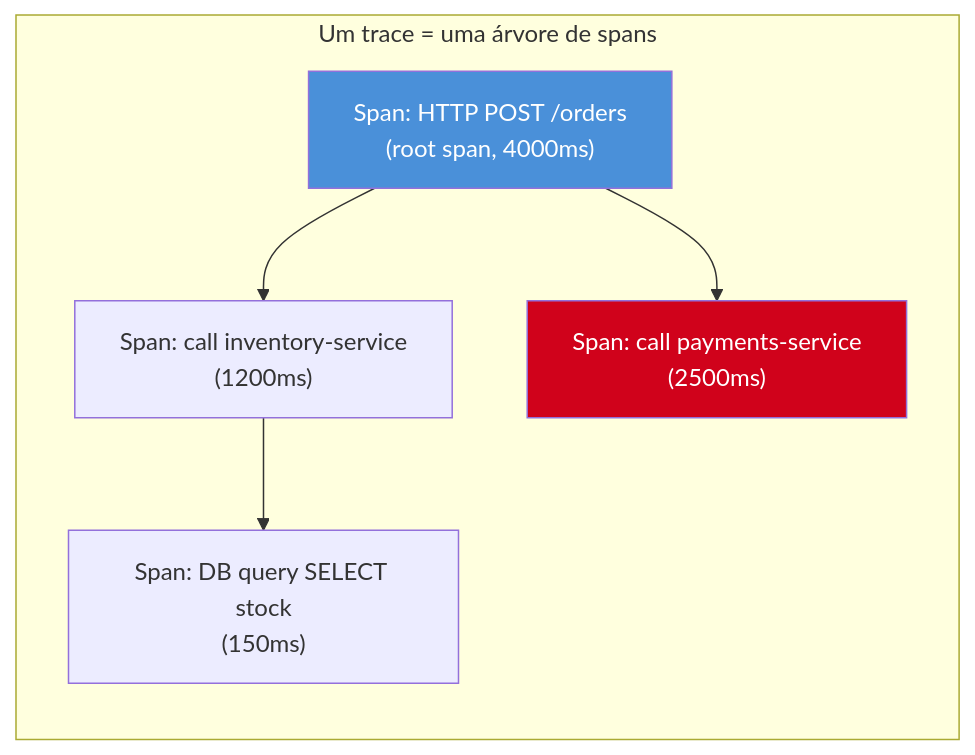
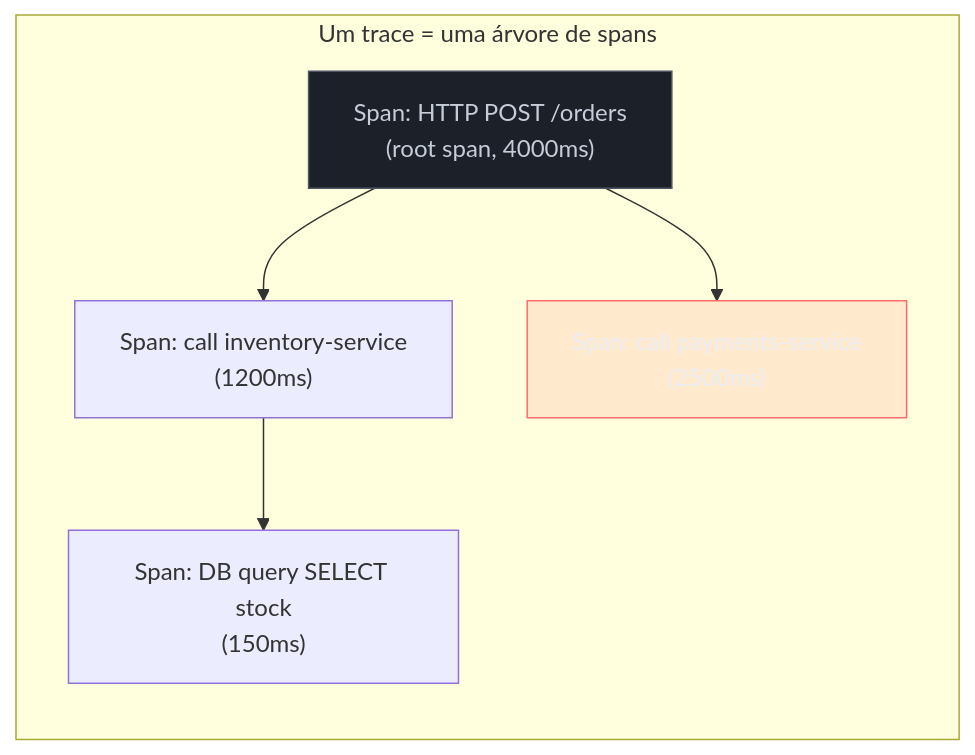
The first of 3 diagrams in 03-Dominios/Tecnologia/Go/16 - Observabilidade/07 - OpenTelemetry — tracing.md (josenaldo/codex-technomanticus), drawn with Mermaid before and after one commit. The commit also changed other lines of this file and 1181 other files, not shown here.

First line of the commit message:
fix(diagramas): paleta do sistema no lugar de cor cravada no markdown

````diff
--- a/03-Dominios/Tecnologia/Go/16 - Observabilidade/07 - OpenTelemetry — tracing.md
+++ b/03-Dominios/Tecnologia/Go/16 - Observabilidade/07 - OpenTelemetry — tracing.md
@@ -33,16 +33,18 @@
 ```mermaid
 flowchart TB
+    classDef neutro fill:#1B2029,stroke:#4E5666,color:#C6CCD8
+    classDef falha fill:#FF6B6B24,stroke:#FF6B6B,color:#E9ECF2
     subgraph Trace["Um trace = uma árvore de spans"]
         direction TB
         S1["Span: HTTP POST /orders\n(root span, 4000ms)"]
         S2["Span: call inventory-service\n(1200ms)"]
         S3["Span: call payments-service\n(2500ms)"]
         S4["Span: DB query SELECT stock\n(150ms)"]
         S1 --> S2
         S1 --> S3
         S2 --> S4
     end
 
-    style S1 fill:#4A90D9,color:#fff
-    style S3 fill:#D0021B,color:#fff
+    class S1 neutro
+    class S3 falha
 ```
````
